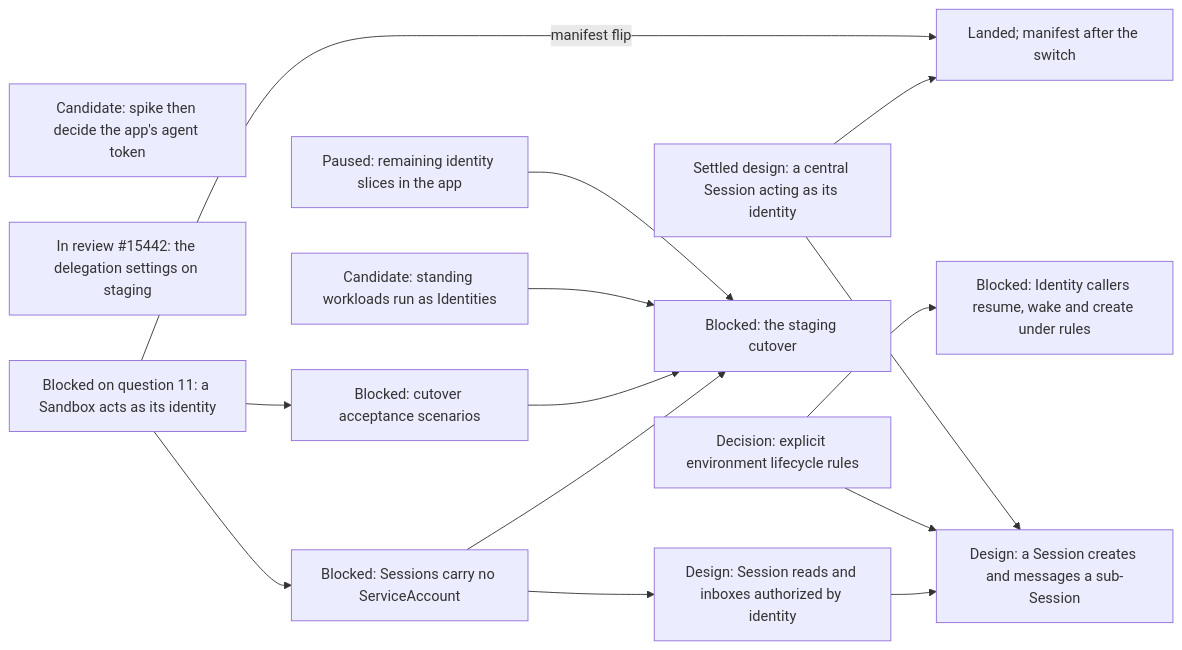
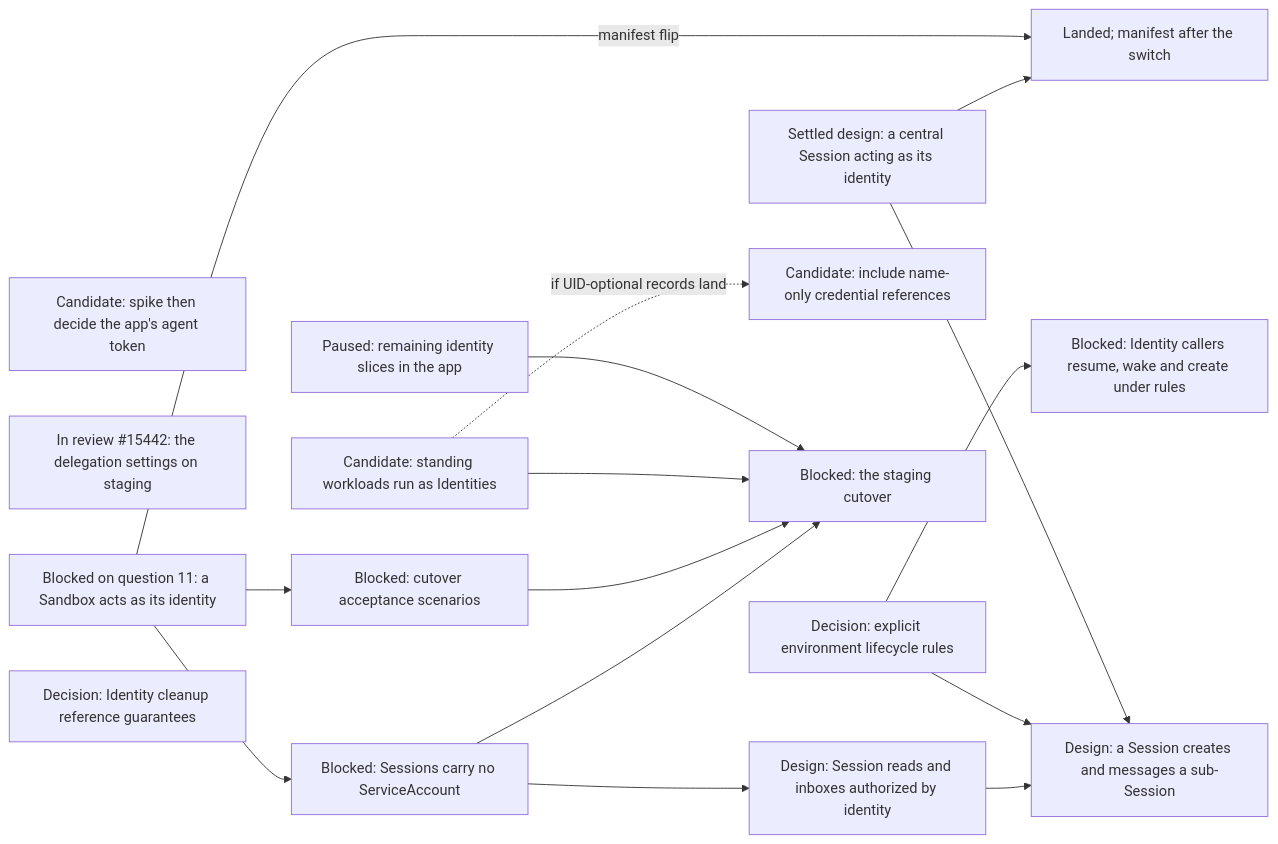
Before and after one commit to agentydragon/ducktape: diagram 16 of 18 in agentplane/plans/task_dag.md, drawn with Mermaid. The commit also changed other lines of this file, not shown here.

Commit message:
Track identity cleanup and rebind follow-ups

````diff
--- a/agentplane/plans/task_dag.md
+++ b/agentplane/plans/task_dag.md
@@ -3058,27 +3076,30 @@
 ```mermaid
 flowchart LR
     APP_AGENT_TOKEN_DECISION[Candidate: spike then decide the app's agent token]
     SERVICES_IDENTITY_PRINCIPAL[In review #15442: the delegation settings on staging]
     CENTRAL_SESSION_ACTING_DESIGN[Settled design: a central Session acting as its identity]
     CENTRAL_SESSION_DELEGATED_ACTING[Landed; manifest after the switch]
     CENTRAL_SESSION_ACTING_DESIGN --> CENTRAL_SESSION_DELEGATED_ACTING
     SANDBOX_IDENTITY_SPEC -->|manifest flip| CENTRAL_SESSION_DELEGATED_ACTING
     STANDING_WORKLOAD_IDENTITY[Candidate: standing workloads run as Identities]
     ENVIRONMENT_RULE_TYPE_DESIGN[Decision: explicit environment lifecycle rules]
     ENVIRONMENT_LIFECYCLE_RULES[Blocked: Identity callers resume, wake and create under rules]
     ENVIRONMENT_RULE_TYPE_DESIGN --> ENVIRONMENT_LIFECYCLE_RULES
     APP_IDENTITIES_UI[Paused: remaining identity slices in the app]
+    IDENTITY_CLEANUP_REFERENCE_DECISION[Decision: Identity cleanup reference guarantees]
+    IDENTITY_DELETE_CREDENTIAL_GUARD[Candidate: include name-only credential references]
+    STANDING_WORKLOAD_IDENTITY -. if UID-optional records land .-> IDENTITY_DELETE_CREDENTIAL_GUARD
     SANDBOX_IDENTITY_SPEC[Blocked on question 11: a Sandbox acts as its identity]
     SANDBOX_IDENTITY_SPEC --> IDENTITY_SYSTEM_TESTS[Blocked: cutover acceptance scenarios]
     SANDBOX_IDENTITY_SPEC --> SESSION_SA_PRINCIPAL_REMOVAL[Blocked: Sessions carry no ServiceAccount]
     SESSION_SA_PRINCIPAL_REMOVAL --> IDENTITY_CUTOVER
     SESSION_SA_PRINCIPAL_REMOVAL --> SESSION_IDENTITY_AUTHZ
     SESSION_SUBAGENT_DELEGATION[Design: a Session creates and messages a sub-Session]
     SESSION_IDENTITY_AUTHZ --> SESSION_SUBAGENT_DELEGATION
     ENVIRONMENT_RULE_TYPE_DESIGN --> SESSION_SUBAGENT_DELEGATION
     CENTRAL_SESSION_ACTING_DESIGN --> SESSION_SUBAGENT_DELEGATION
     IDENTITY_SYSTEM_TESTS --> IDENTITY_CUTOVER[Blocked: the staging cutover]
     STANDING_WORKLOAD_IDENTITY --> IDENTITY_CUTOVER
     APP_IDENTITIES_UI --> IDENTITY_CUTOVER
     SESSION_IDENTITY_AUTHZ[Design: Session reads and inboxes authorized by identity]
 ```
````
